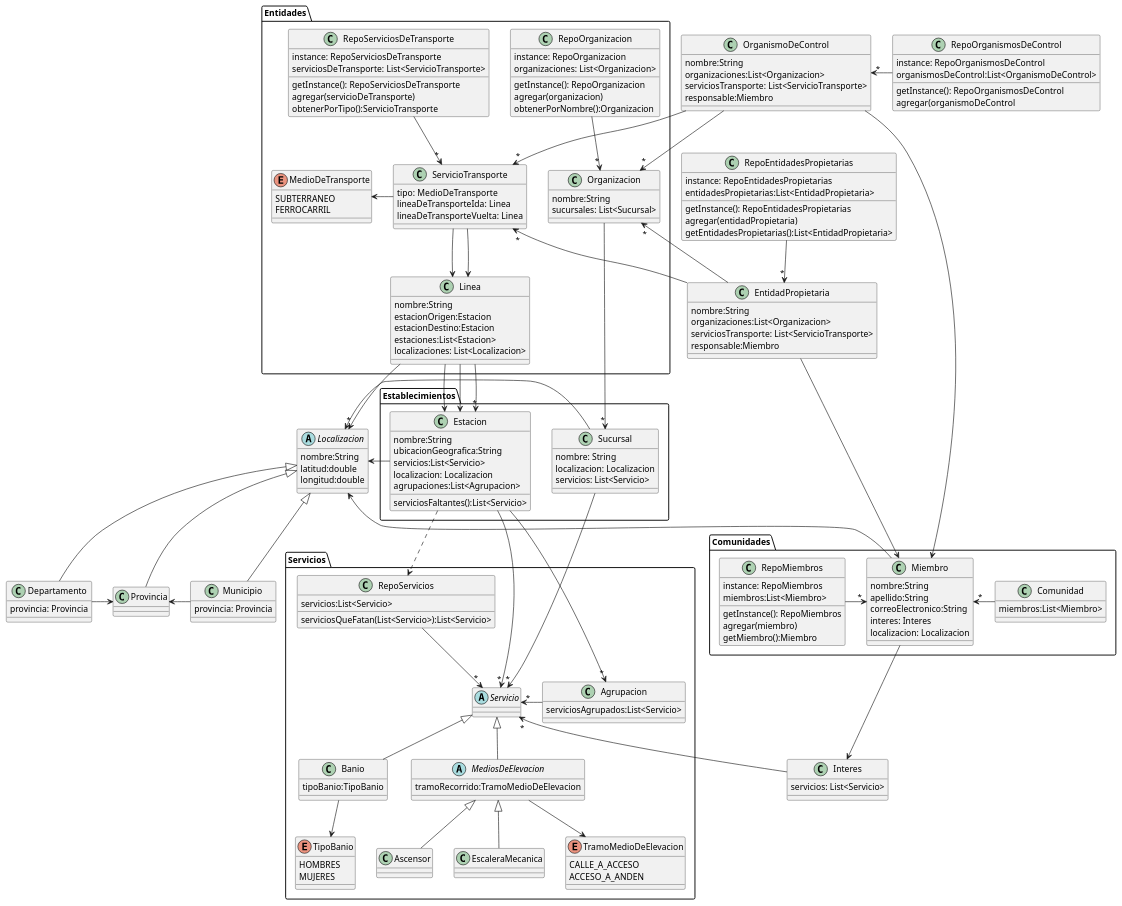
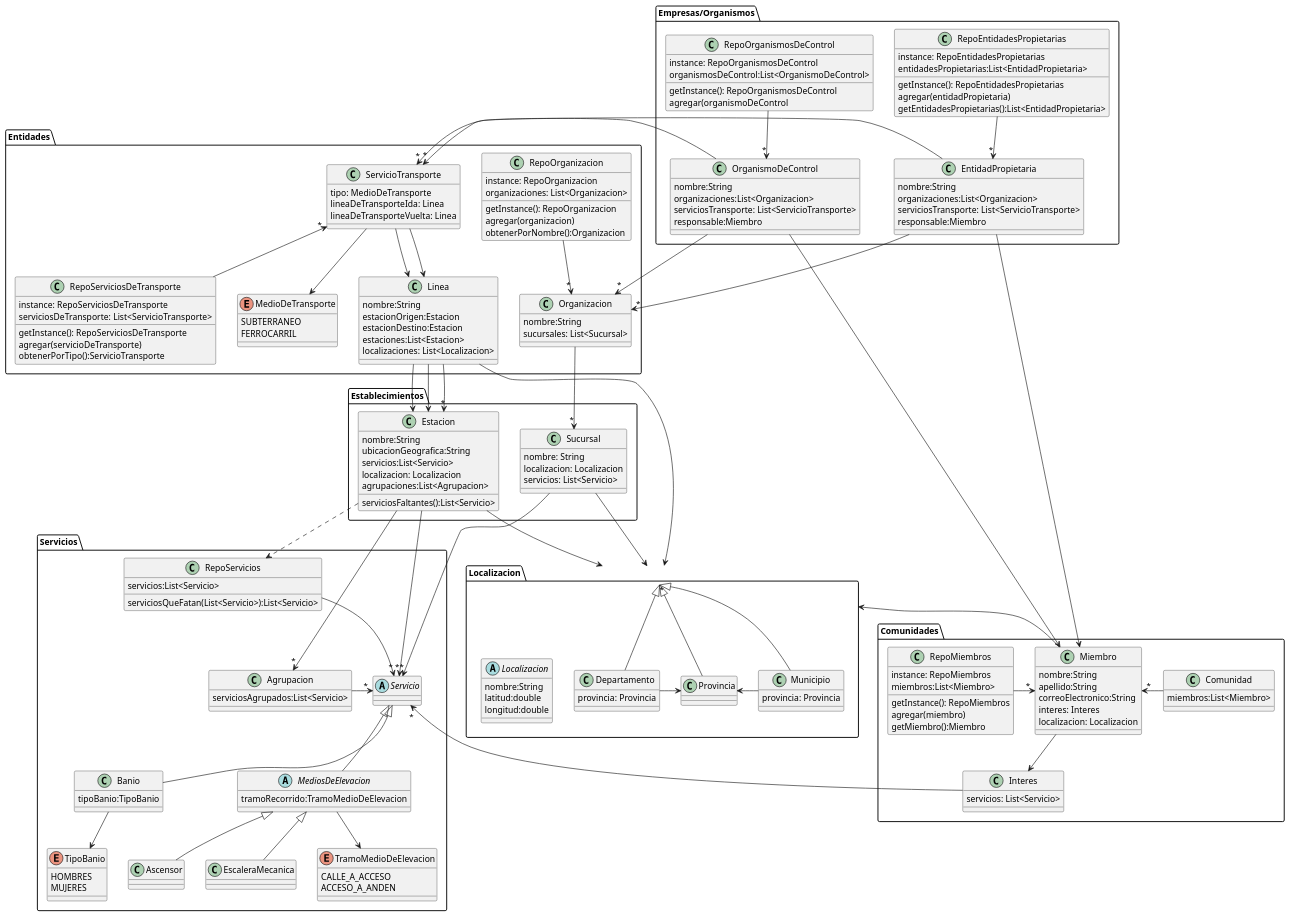
Before and after one commit to tomidandrea/TPA-DDS-2023: the diagram in Entrega-2/out/diagramaDeClases.puml, drawn with PlantUML. The commit also changed 1 other file, not shown here.

```diff
--- a/Entrega-2/out/diagramaDeClases.puml
+++ b/Entrega-2/out/diagramaDeClases.puml
@@ -43,11 +43,11 @@
         localizaciones: List<Localizacion>
     }
 
-    ServicioTransporte -left-> MedioDeTransporte
+    ServicioTransporte --> MedioDeTransporte
     ServicioTransporte --> Linea
     ServicioTransporte --> Linea
-    RepoOrganizacion -->"*" Organizacion
-    RepoServiciosDeTransporte -->"*" ServicioTransporte
+    RepoOrganizacion -down->"*" Organizacion
+    RepoServiciosDeTransporte -up->"*" ServicioTransporte
 }
 
 package Establecimientos {
@@ -137,11 +137,16 @@
         getMiembro():Miembro
     }
 
+    class Interes{
+    servicios: List<Servicio>
+    }
+
     RepoMiembros -right->"*" Miembro
     Comunidad -left->"*" Miembro
 }
 
-class EntidadPropietaria{
+package Empresas/Organismos{
+    class EntidadPropietaria{
     nombre:String
     organizaciones:List<Organizacion>
     serviciosTransporte: List<ServicioTransporte>
@@ -171,26 +176,25 @@
     getInstance(): RepoOrganismosDeControl
     agregar(organismoDeControl
 }
-
-class Interes{
-    servicios: List<Servicio>
 }
-
-abstract class Localizacion {
+package Localizacion{
+    abstract class Localizacion {
     nombre:String
     latitud:double
     longitud:double
+    }
+
+    class Municipio{
+        provincia: Provincia
+    }
+
+    class Provincia{}
+
+    class Departamento{
+        provincia: Provincia
+    }
 }
 
-class Municipio{
-    provincia: Provincia
-}
-
-class Provincia{}
-
-class Departamento{
-    provincia: Provincia
-}
 
 Miembro-up->Localizacion
 Municipio-up-|>Localizacion
@@ -214,8 +218,8 @@
 OrganismoDeControl-->"*"ServicioTransporte
 OrganismoDeControl-up->Miembro
 
-RepoEntidadesPropietarias-down->"*"EntidadPropietaria
-RepoOrganismosDeControl-left->"*"OrganismoDeControl
+RepoEntidadesPropietarias-->"*"EntidadPropietaria
+RepoOrganismosDeControl-->"*"OrganismoDeControl
 
 Estacion..>RepoServicios
 Organizacion -->"*" Sucursal
```
